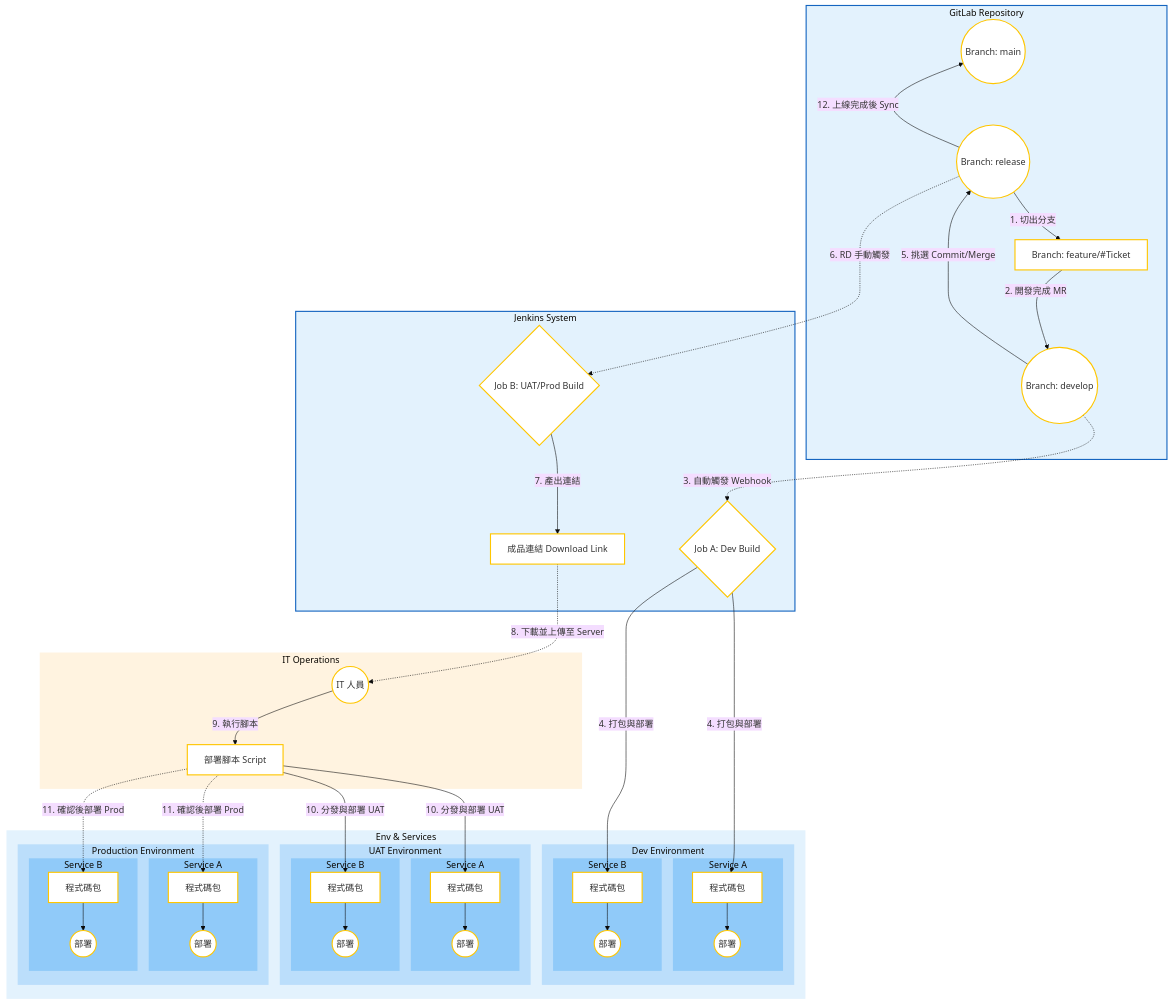
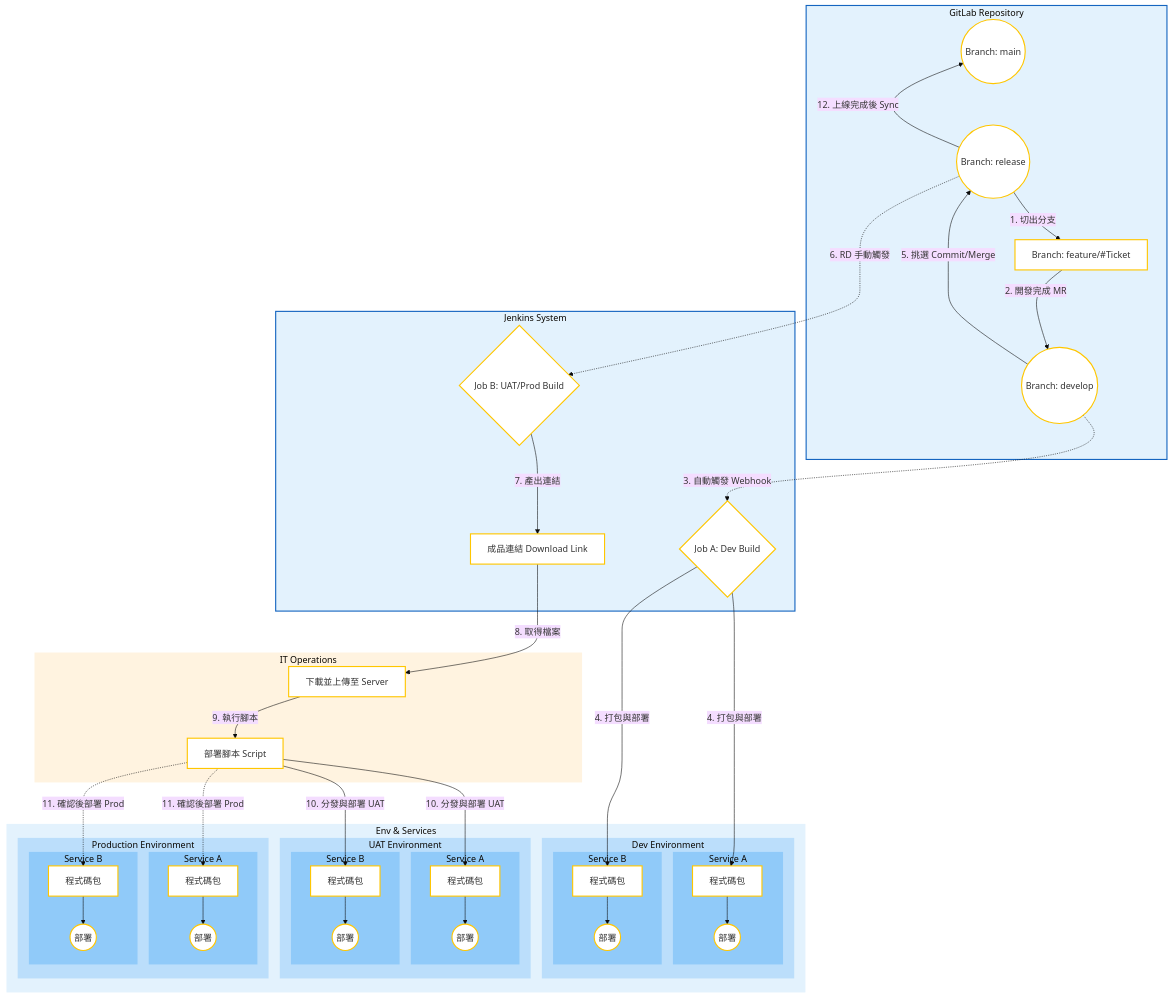
One commit to almightyken0425/KnowledgeVault changed the second of 2 diagrams in SIT/ReleaseWorkFlow.md. Above: the diagram before and after it, drawn with Mermaid (base theme).

```diff
--- a/SIT/ReleaseWorkFlow.md
+++ b/SIT/ReleaseWorkFlow.md
@@ -72,7 +72,7 @@
     end
 
     subgraph Operations [IT Operations]
-        ITUser((IT 人員)):::jenkins
+        ManualUpload[下載並上傳至 Server]:::action
         DeployScript[部署腳本 Script]:::action
     end
 
@@ -127,8 +127,8 @@
     
     JobB -->|7. 產出連結| Artifact
     
-    Artifact -.->|8. 下載並上傳至 Server| ITUser
-    ITUser -->|9. 執行腳本| DeployScript
+    Artifact -->|8. 取得檔案| ManualUpload
+    ManualUpload -->|9. 執行腳本| DeployScript
     
     DeployScript -->|10. 分發與部署 UAT| UATPkgA & UATPkgB
     
@@ -141,12 +141,12 @@
     Release ~~~ JobB
     Develop ~~~ JobA
     
-    %% 強制將 IT Operations (ITUser) 推到 Jenkins 下方
-    JobB ~~~ ITUser
-    Artifact ~~~ ITUser
+    %% 強制將 IT Operations (ManualUpload) 推到 Jenkins 下方
+    JobB ~~~ ManualUpload
+    Artifact ~~~ ManualUpload
     
     %% 強制 Environments 位於最下方
-    ITUser ~~~ DevPkgA
+    ManualUpload ~~~ DevPkgA
 
     %% Subgraph Styles
     %% Level 1: Lightest Blue
```
